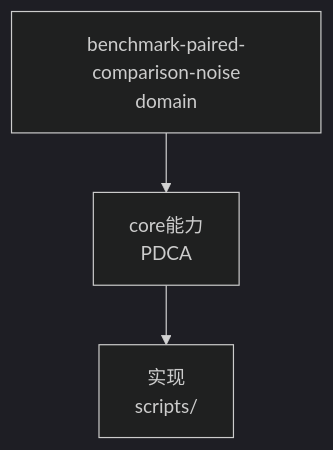
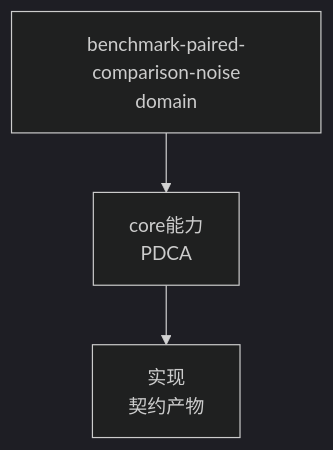
Before and after one commit to MyBlackHole/pdca-workflow: the diagram in ontology/domain/core/benchmark-paired-comparison-noise.md, drawn with Mermaid (dark theme). The commit also changed other lines of this file and 8256 other files, not shown here.

````diff
--- a/ontology/domain/core/benchmark-paired-comparison-noise.md
+++ b/ontology/domain/core/benchmark-paired-comparison-noise.md
@@ -58,6 +70,6 @@
 ```mermaid
 graph TD
     A[benchmark-paired-comparison-noise<br/>domain] --> B[core能力<br/>PDCA]
-    B --> C[实现<br/>scripts/]
-    %% Source: ontology/domain/benchmark-paired-comparison-noise.md:1 + ontology/concept/ontology-fidelity-criterion.md:1
+    B --> C[实现<br/>契约产物]
+    %% Source: ontology/domain/core/benchmark-paired-comparison-noise.md:1 + ontology/concept/ontology-fidelity-criterion.md:1
 ```
````
